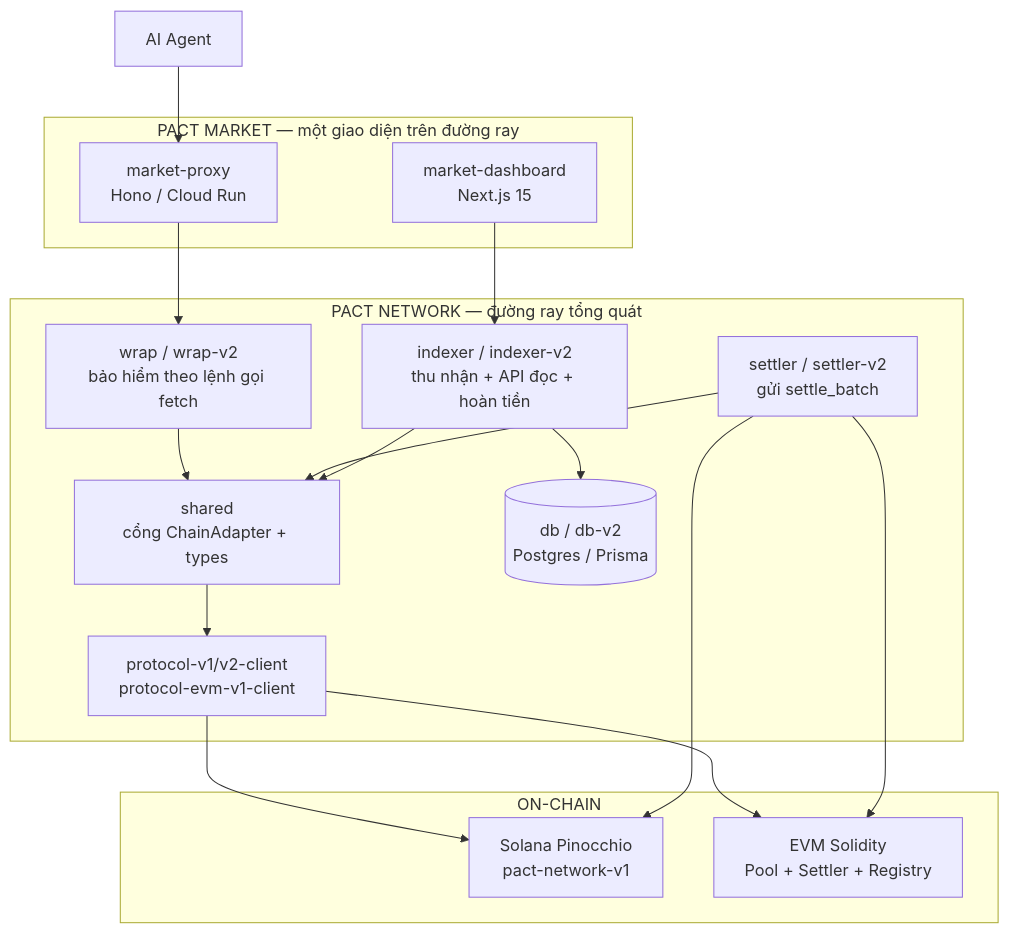
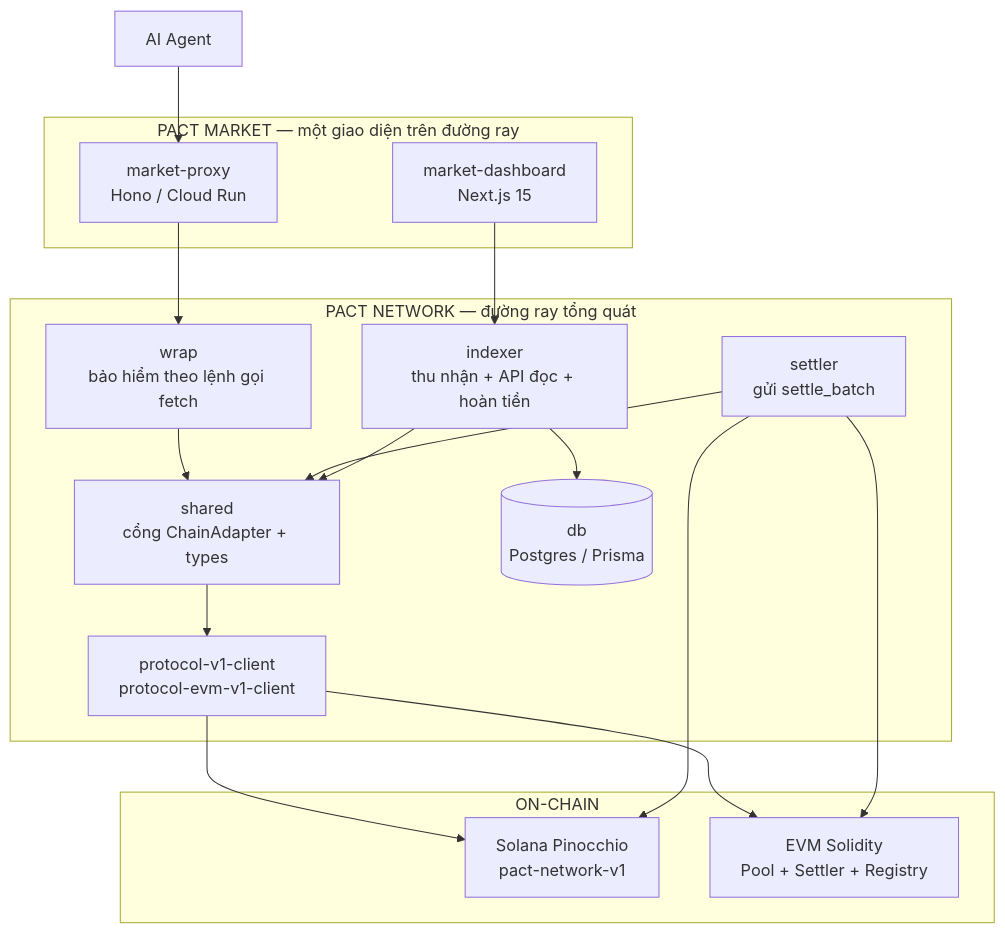
Before and after one commit to pactnetwork/pact-monitor: the first of 7 diagrams in docs/architecture/ARCHITECTURE.vi.md, drawn with Mermaid. The commit also changed other lines of this file and 6 other files, not shown here.

First line of the commit message:
docs(architecture): sync package breakdown + V2-removal, add per-package breakdown

````diff
--- a/docs/architecture/ARCHITECTURE.vi.md
+++ b/docs/architecture/ARCHITECTURE.vi.md
@@ -18,30 +18,30 @@
 ```mermaid
 graph TD
     subgraph Market["PACT MARKET — một giao diện trên đường ray"]
         MP[market-proxy<br/>Hono / Cloud Run]
         MD[market-dashboard<br/>Next.js 15]
     end
     subgraph Network["PACT NETWORK — đường ray tổng quát"]
-        WRAP[wrap / wrap-v2<br/>bảo hiểm theo lệnh gọi fetch]
+        WRAP[wrap<br/>bảo hiểm theo lệnh gọi fetch]
         SHARED[shared<br/>cổng ChainAdapter + types]
-        SET[settler / settler-v2<br/>gửi settle_batch]
-        IDX[indexer / indexer-v2<br/>thu nhận + API đọc + hoàn tiền]
-        DB[(db / db-v2<br/>Postgres / Prisma)]
-        CLIENTS[protocol-v1/v2-client<br/>protocol-evm-v1-client]
+        SET[settler<br/>gửi settle_batch]
+        IDX[indexer<br/>thu nhận + API đọc + hoàn tiền]
+        DB[(db<br/>Postgres / Prisma)]
+        CLIENTS[protocol-v1-client<br/>protocol-evm-v1-client]
     end
     subgraph Chains["ON-CHAIN"]
         SOL[Solana Pinocchio<br/>pact-network-v1]
         EVM[EVM Solidity<br/>Pool + Settler + Registry]
     end
     AGENT[AI Agent] --> MP
     MP --> WRAP
     WRAP --> SHARED
     SET --> SHARED
     IDX --> SHARED
     SHARED --> CLIENTS
     CLIENTS --> SOL
     CLIENTS --> EVM
     SET --> SOL & EVM
     IDX --> DB
     MD --> IDX
 ```
````
